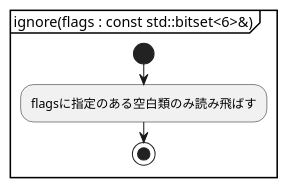
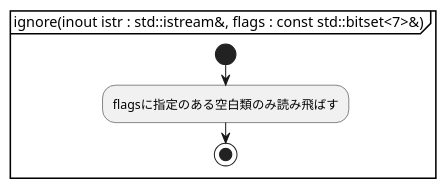
The fifth of 7 diagrams in document/parser.activity.pu (KodaiYM/PDFReader), drawn with PlantUML before and after one commit. The commit also changed other lines of this file and 2 other files, not shown here.

Commit message:
startxref 以下の解析部分の図をUMLの仕様に従って完成

```diff
--- a/document/parser.activity.pu
+++ b/document/parser.activity.pu
@@ -90,7 +91,7 @@
 @startuml ignore
-partition "ignore(flags : const std::bitset<6>&)" {
+partition "ignore(inout istr : std::istream&, flags : const std::bitset<7>&)" {
 start
 	:flagsに指定のある空白類のみ読み飛ばす;
 stop
 }
 @enduml
```
